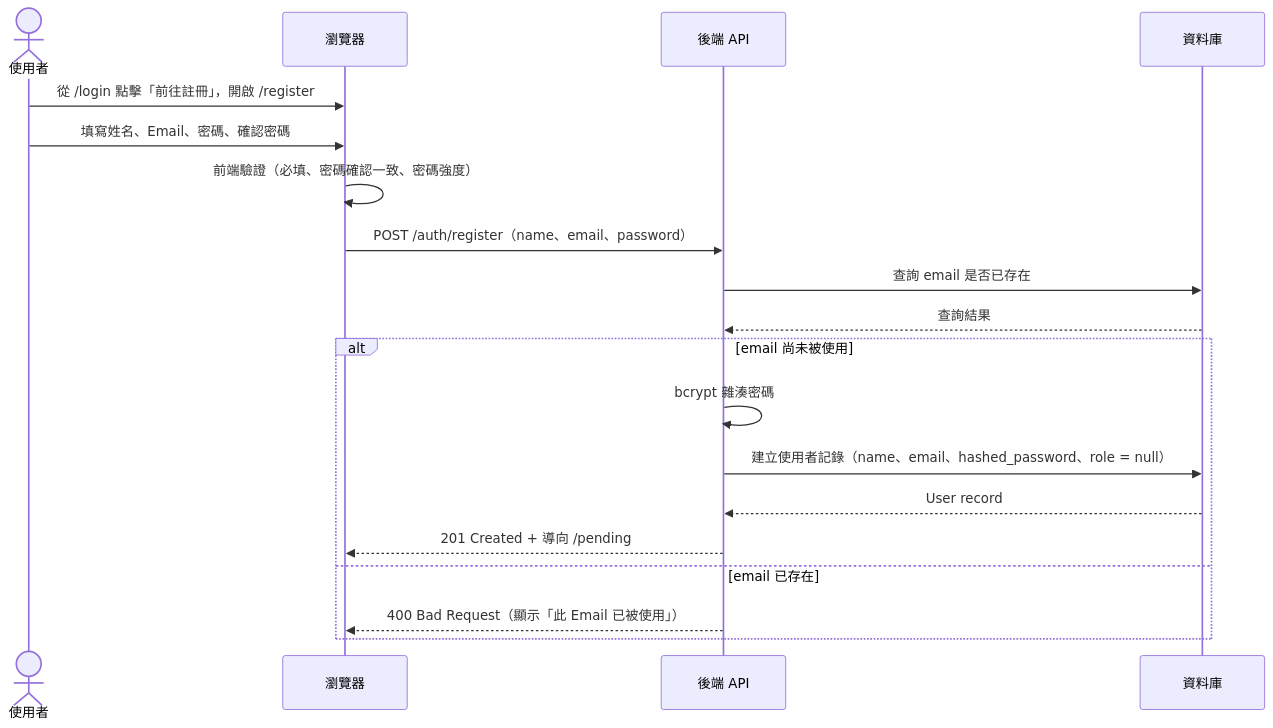
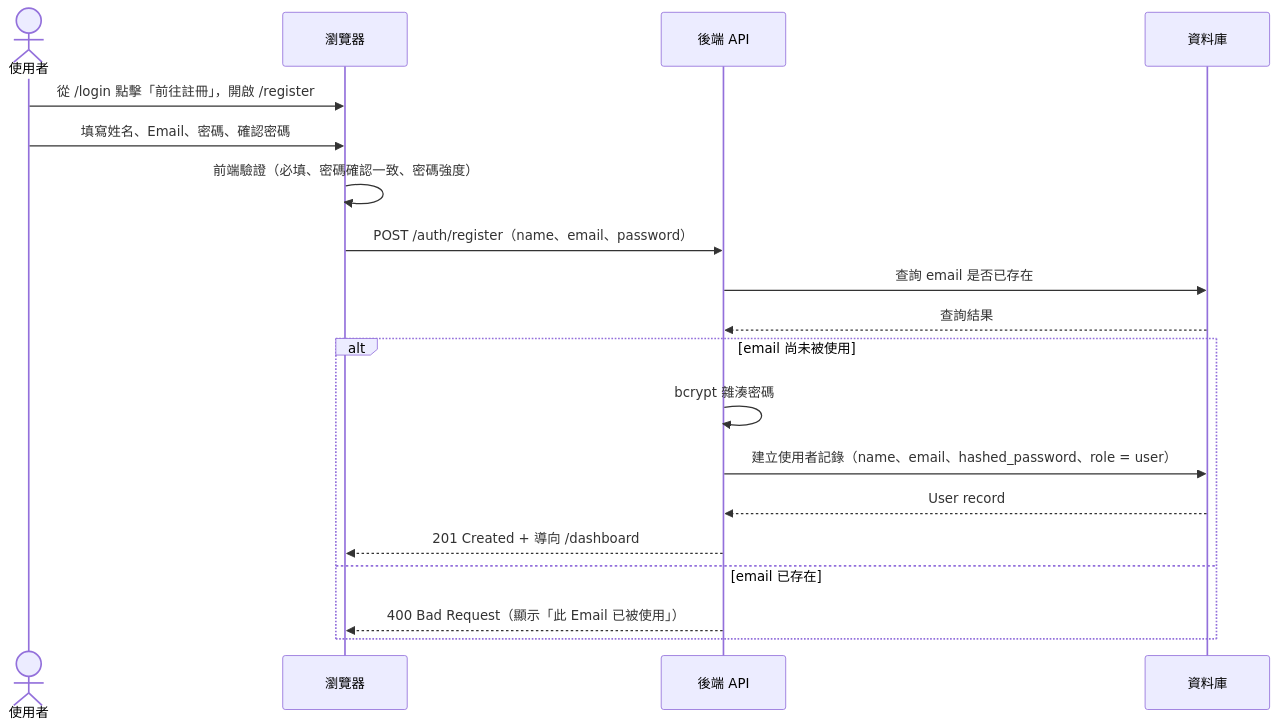
The first of 2 diagrams in specs/account/003-register-email-password/spec.md (singyichen/label-suite), drawn with Mermaid before and after one commit. The commit also changed other lines of this file and 11 other files, not shown here.

First line of the commit message:
refactor: remove pending state — all registered users get user role immediately

````diff
--- a/specs/account/003-register-email-password/spec.md
+++ b/specs/account/003-register-email-password/spec.md
@@ -10,24 +10,24 @@
 ```mermaid
 sequenceDiagram
     actor 使用者
     participant 瀏覽器
     participant 後端API as 後端 API
     participant 資料庫
 
     使用者->>瀏覽器: 從 /login 點擊「前往註冊」，開啟 /register
     使用者->>瀏覽器: 填寫姓名、Email、密碼、確認密碼
     瀏覽器->>瀏覽器: 前端驗證（必填、密碼確認一致、密碼強度）
 
     瀏覽器->>後端API: POST /auth/register（name、email、password）
     後端API->>資料庫: 查詢 email 是否已存在
     資料庫-->>後端API: 查詢結果
 
     alt email 尚未被使用
         後端API->>後端API: bcrypt 雜湊密碼
-        後端API->>資料庫: 建立使用者記錄（name、email、hashed_password、role = null）
+        後端API->>資料庫: 建立使用者記錄（name、email、hashed_password、role = user）
         資料庫-->>後端API: User record
-        後端API-->>瀏覽器: 201 Created + 導向 /pending
+        後端API-->>瀏覽器: 201 Created + 導向 /dashboard
     else email 已存在
         後端API-->>瀏覽器: 400 Bad Request（顯示「此 Email 已被使用」）
     end
 ```
````
